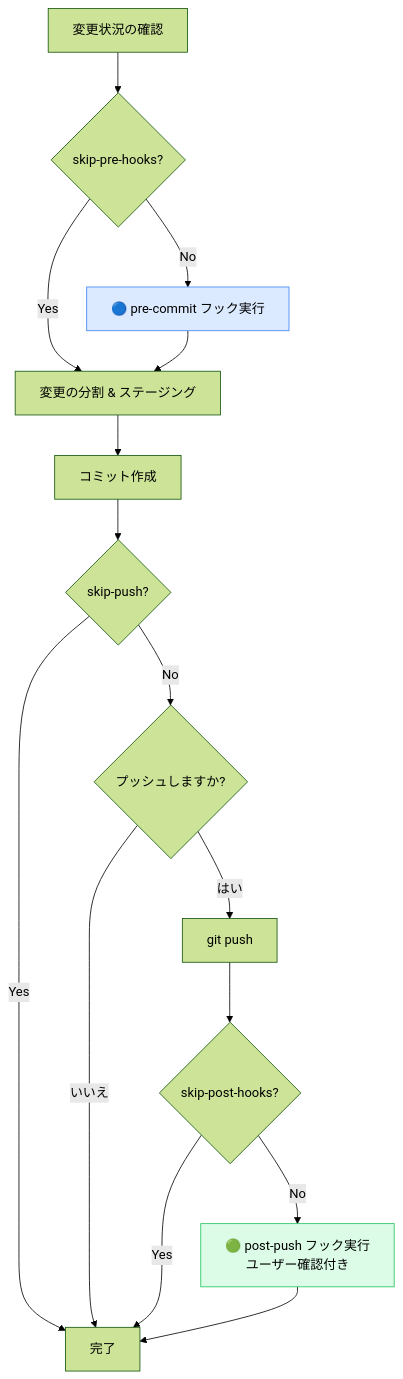
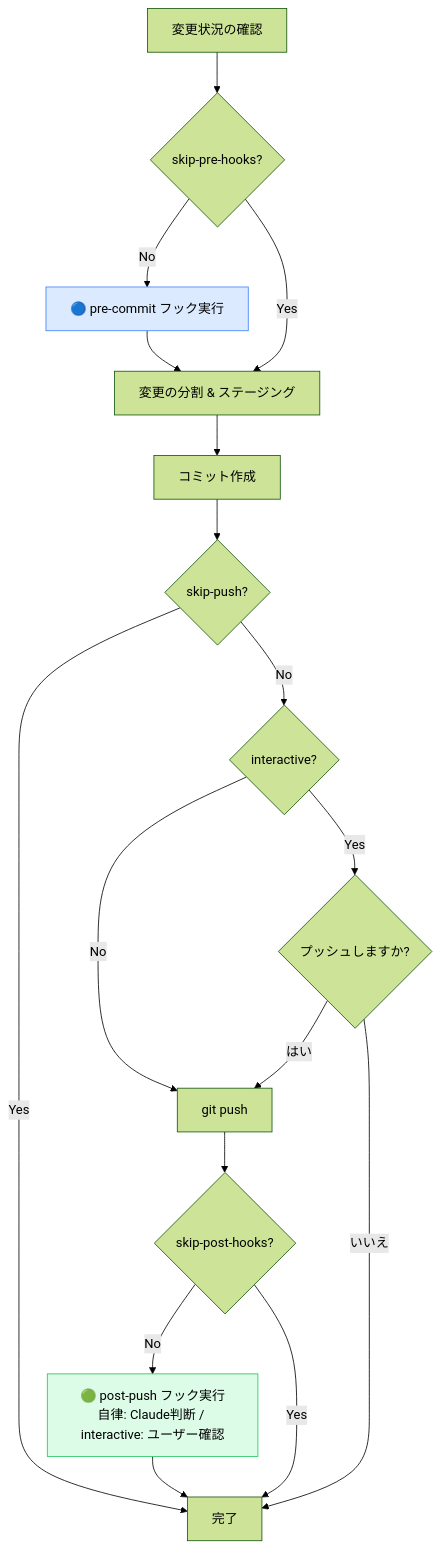
The diagram in docs/commit-flow.md (yoshiyasuko/claude-code-git-workflow-plugins), drawn with Mermaid (forest theme) before and after one commit. The commit also changed other lines of this file and 7 other files, not shown here.

````diff
--- a/docs/commit-flow.md
+++ b/docs/commit-flow.md
@@ -3,20 +3,22 @@
 ```mermaid
 flowchart TD
     A[変更状況の確認] --> B{skip-pre-hooks?}
     B -- No --> C[🔵 pre-commit フック実行]
     B -- Yes --> D
     C --> D[変更の分割 & ステージング]
     D --> E[コミット作成]
     E --> F{skip-push?}
-    F -- No --> G{プッシュしますか?}
     F -- Yes --> END[完了]
-    G -- はい --> H[git push]
+    F -- No --> M{interactive?}
+    M -- No --> H[git push]
+    M -- Yes --> G{プッシュしますか?}
+    G -- はい --> H
     G -- いいえ --> END
     H --> I{skip-post-hooks?}
-    I -- No --> J[🟢 post-push フック実行<br/>ユーザー確認付き]
+    I -- No --> J[🟢 post-push フック実行<br/>自律: Claude判断 / interactive: ユーザー確認]
     I -- Yes --> END
     J --> END
 
     style C fill:#dbeafe,stroke:#3b82f6
     style J fill:#dcfce7,stroke:#22c55e
 ```
````
